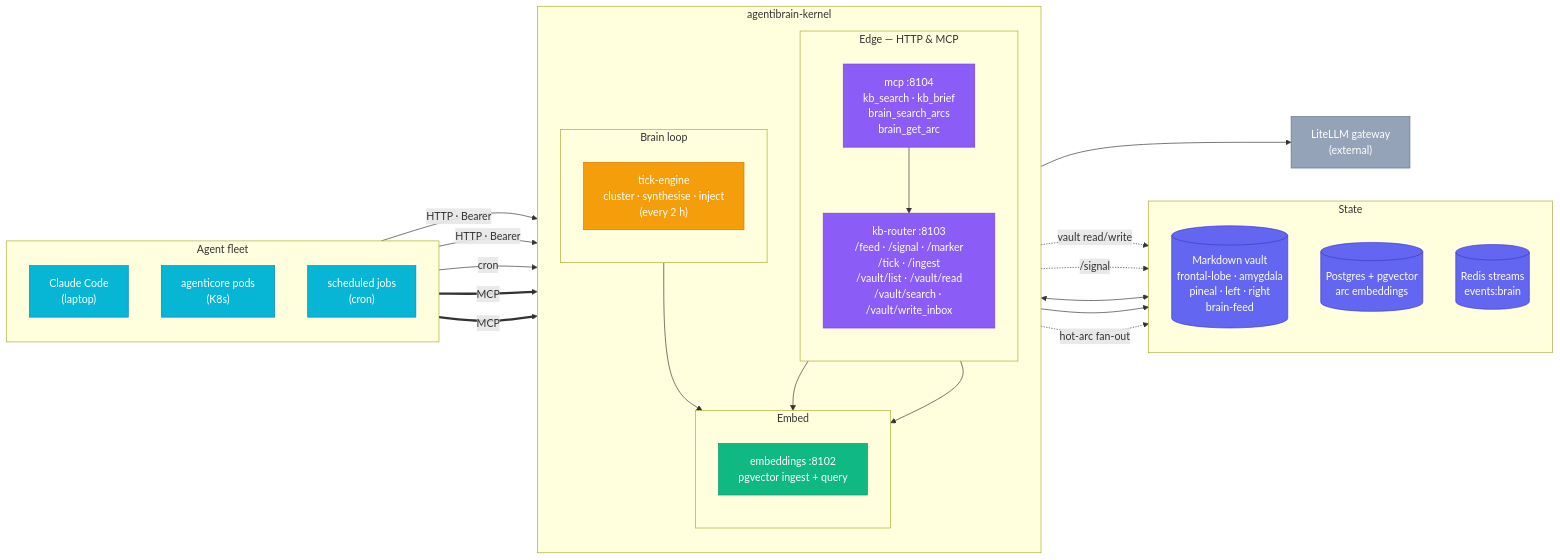
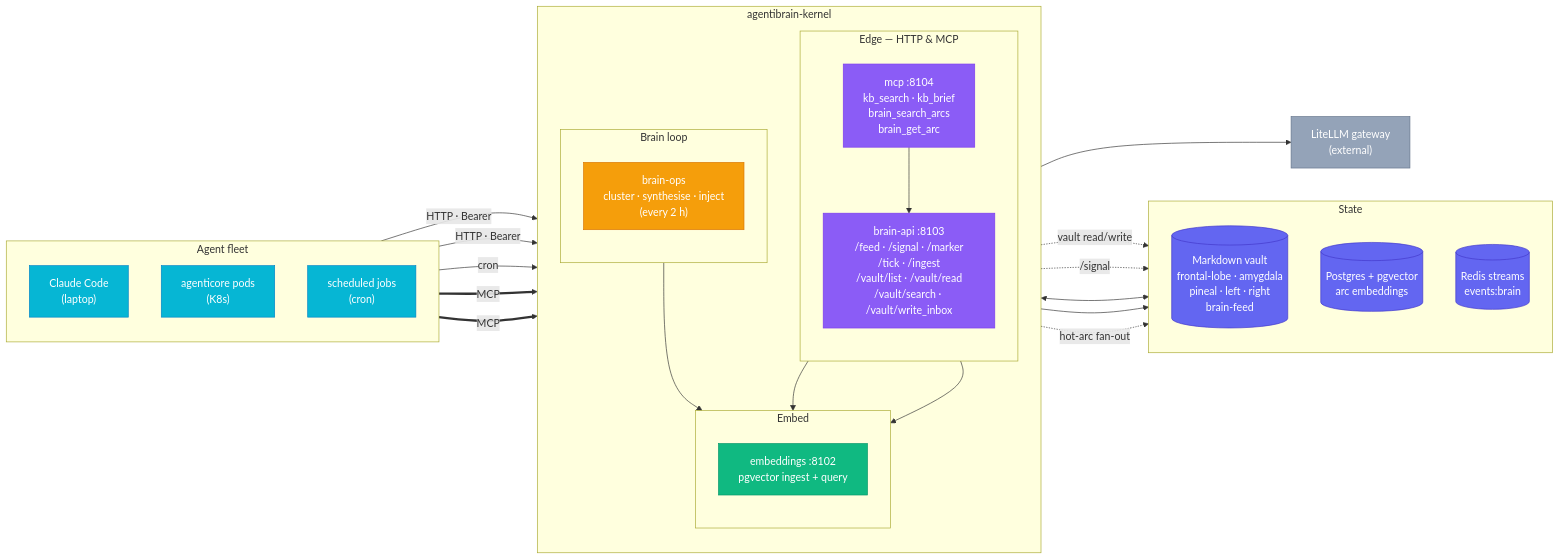
The diagram in README.md (the-cloud-clockwork/agentibrain-kernel), drawn with Mermaid before and after one commit. The commit also changed other lines of this file and 94 other files, not shown here.

First line of the commit message:
rename: kb-router → brain-api, brain-cron → brain-ops, tick-engine → brain-ops

```diff
--- a/README.md
+++ b/README.md
@@ -40,7 +40,7 @@
         direction TB
         subgraph EDGE["Edge — HTTP &amp; MCP"]
             direction TB
-            KB["kb-router :8103<br/>/feed · /signal · /marker<br/>/tick · /ingest<br/>/vault/list · /vault/read<br/>/vault/search · /vault/write_inbox"]
+            KB["brain-api :8103<br/>/feed · /signal · /marker<br/>/tick · /ingest<br/>/vault/list · /vault/read<br/>/vault/search · /vault/write_inbox"]
             MCP["mcp :8104<br/>kb_search · kb_brief<br/>brain_search_arcs<br/>brain_get_arc"]
         end
         subgraph CORE["Embed"]
@@ -49,7 +49,7 @@
         end
         subgraph LOOP["Brain loop"]
             direction TB
-            TICK["tick-engine<br/>cluster · synthesise · inject<br/>(every 2 h)"]
+            TICK["brain-ops<br/>cluster · synthesise · inject<br/>(every 2 h)"]
         end
     end
 
```
